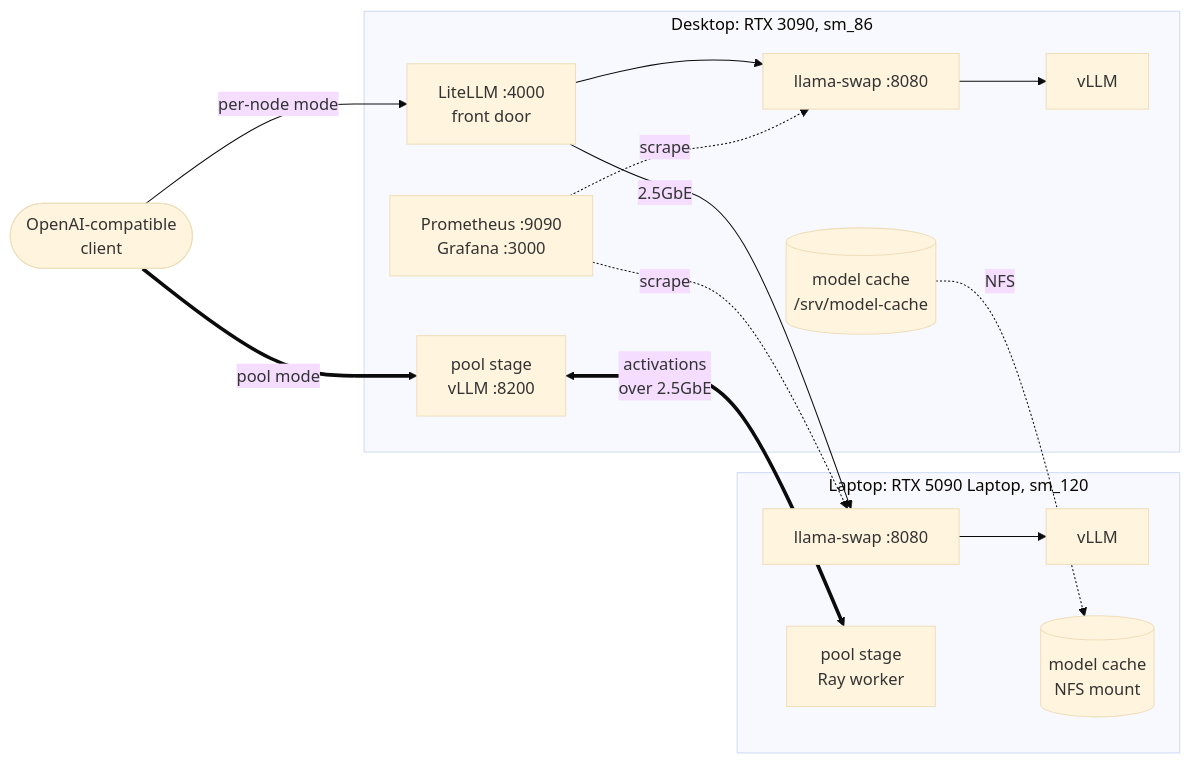
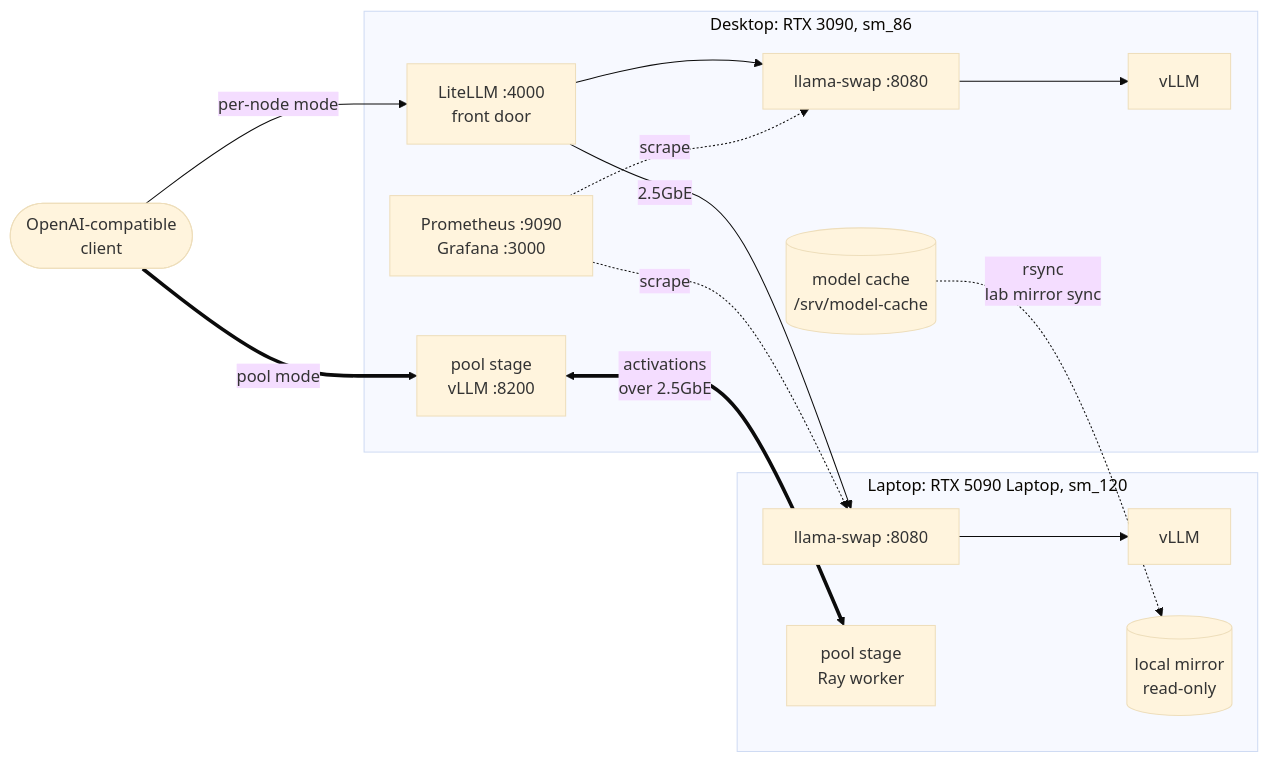
The diagram in README.md (kndclark/GPU-Lab), drawn with Mermaid (base theme) before and after one commit. The commit also changed other lines of this file and 7 other files, not shown here.

First line of the commit message:
Add lab mirror: a verified local weight copy

````diff
--- a/README.md
+++ b/README.md
@@ -37,26 +37,26 @@
 ```mermaid
 flowchart LR
     client(["OpenAI-compatible<br/>client"])
     subgraph desktop["Desktop: RTX 3090, sm_86"]
         litellm["LiteLLM :4000<br/>front door"]
         swapD["llama-swap :8080"]
         vllmD["vLLM"]
         poolD["pool stage<br/>vLLM :8200"]
         prom["Prometheus :9090<br/>Grafana :3000"]
         cache[("model cache<br/>/srv/model-cache")]
     end
     subgraph laptop["Laptop: RTX 5090 Laptop, sm_120"]
         swapL["llama-swap :8080"]
         vllmL["vLLM"]
         poolL["pool stage<br/>Ray worker"]
-        cacheL[("model cache<br/>NFS mount")]
+        cacheL[("local mirror<br/>read-only")]
     end
     client -->|per-node mode| litellm
     litellm --> swapD --> vllmD
     litellm -->|2.5GbE| swapL --> vllmL
     client ==>|pool mode| poolD
     poolD <==>|"activations<br/>over 2.5GbE"| poolL
     prom -.->|scrape| swapD
     prom -.->|scrape| swapL
-    cache -.->|NFS| cacheL
+    cache -.->|"rsync<br/>lab mirror sync"| cacheL
 ```
````
